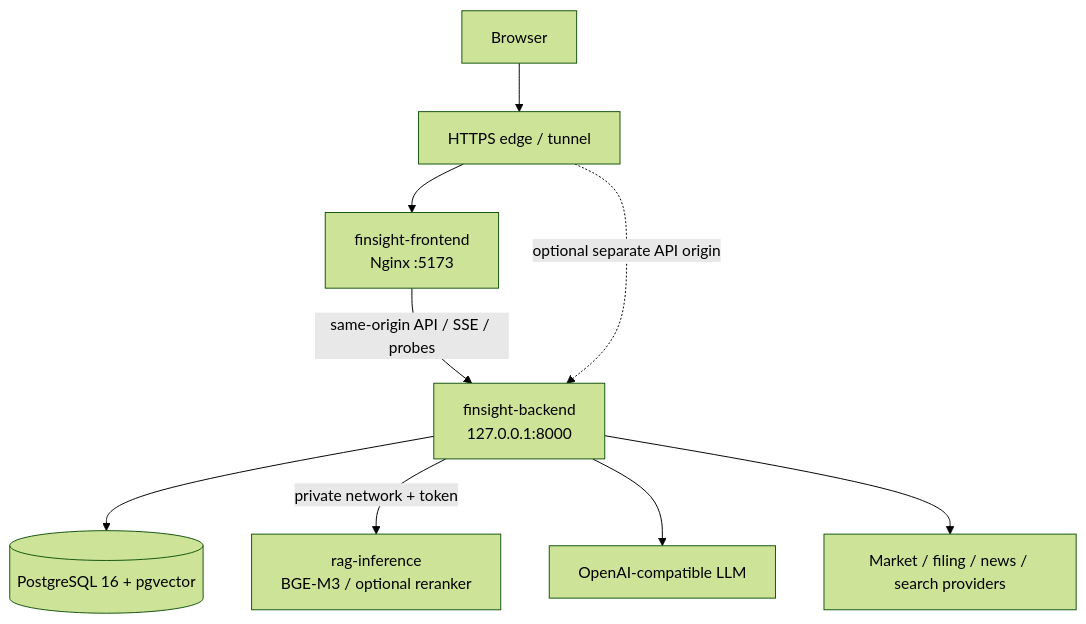
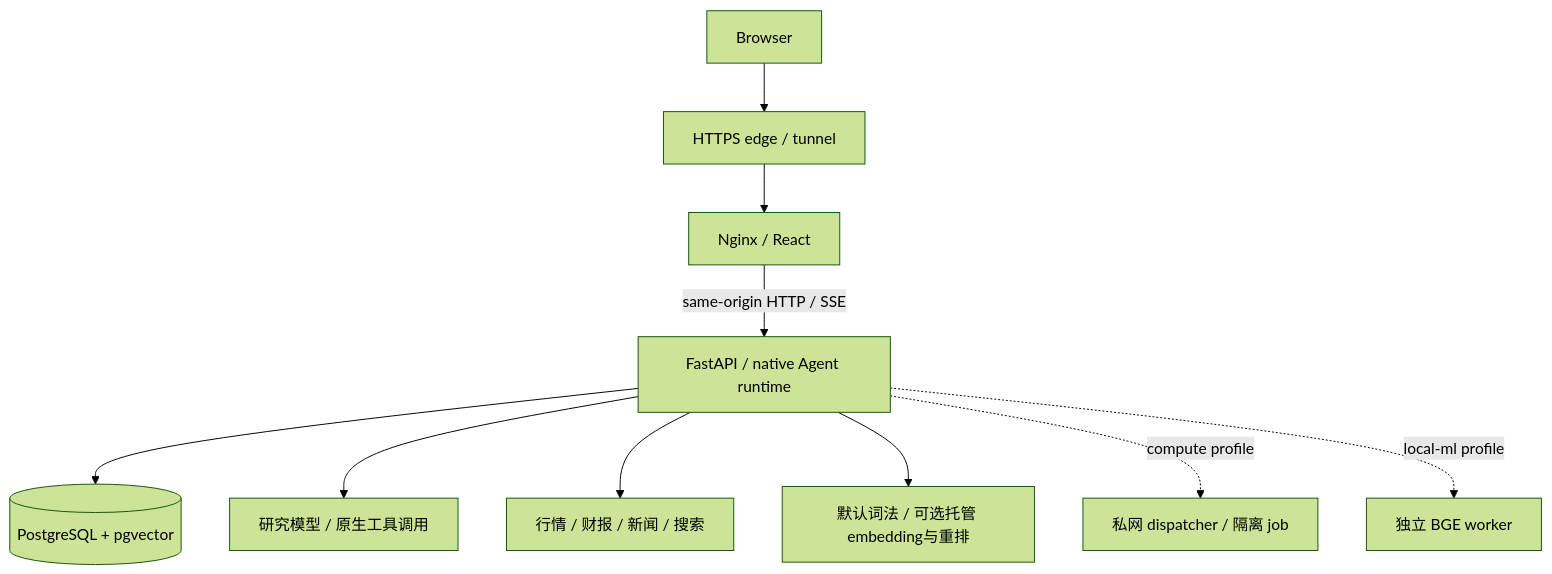
One commit to kkkano/FinSight changed the first of 2 diagrams in docs/11_PRODUCTION_RUNBOOK.md. Above: the diagram before and after it, drawn with Mermaid (forest theme). The commit also changed other lines of this file and 16 other files, not shown here.

Commit message:
document native research architecture and operations

````diff
--- a/docs/11_PRODUCTION_RUNBOOK.md
+++ b/docs/11_PRODUCTION_RUNBOOK.md
@@ -11,11 +9,12 @@
 ```mermaid
 flowchart TB
     USER[Browser] --> EDGE[HTTPS edge / tunnel]
-    EDGE --> FE[finsight-frontend\nNginx :5173]
-    FE -->|same-origin API / SSE / probes| BE[finsight-backend\n127.0.0.1:8000]
-    EDGE -. optional separate API origin .-> BE
-    BE --> PG[(PostgreSQL 16 + pgvector)]
-    BE -->|private network + token| RAG[rag-inference\nBGE-M3 / optional reranker]
-    BE --> LLM[OpenAI-compatible LLM]
-    BE --> DATA[Market / filing / news / search providers]
+    EDGE --> FE[Nginx / React]
+    FE -->|same-origin HTTP / SSE| BE[FastAPI / native Agent runtime]
+    BE --> PG[(PostgreSQL + pgvector)]
+    BE --> LLM[研究模型 / 原生工具调用]
+    BE --> DATA[行情 / 财报 / 新闻 / 搜索]
+    BE --> RAG[默认词法 / 可选托管 embedding与重排]
+    BE -. compute profile .-> COMPUTE[私网 dispatcher / 隔离 job]
+    BE -. local-ml profile .-> LOCAL[独立 BGE worker]
 ```
````
